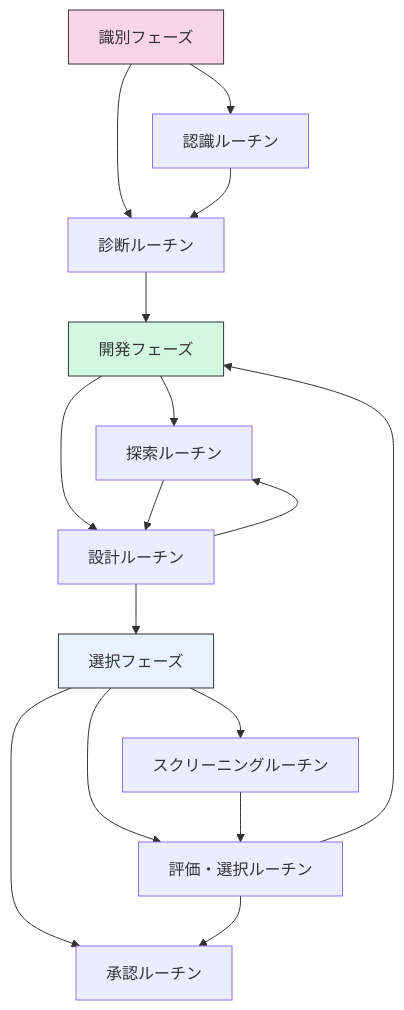
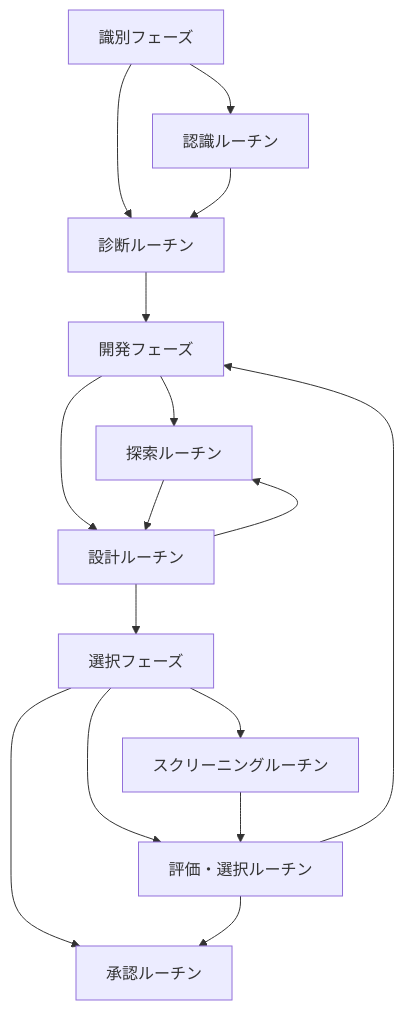
Before and after one commit to shuji-bonji/Situational-Awareness-and-Decision-Making: the ninth of 10 diagrams in docs/decision-making-guide/decision-models.md, drawn with Mermaid. The commit also changed other lines of this file and 49 other files, not shown here.

Commit message:
fix: ダークモードで見づらい図の色の変更

````diff
--- a/docs/decision-making-guide/decision-models.md
+++ b/docs/decision-making-guide/decision-models.md
@@ -410,24 +410,24 @@
     ```mermaid
     graph TD
         A[識別フェーズ] --> A1[認識ルーチン]
         A --> A2[診断ルーチン]
         A1 --> A2
         
         A2 --> B[開発フェーズ]
         B --> B1[探索ルーチン]
         B --> B2[設計ルーチン]
         B1 --> B2
         B2 --> B1
         
         B2 --> C[選択フェーズ]
         C --> C1[スクリーニングルーチン]
         C --> C2[評価・選択ルーチン]
         C --> C3[承認ルーチン]
         C1 --> C2
         C2 --> C3
         C2 --> B
         
-        style A fill:#f9d5e5,stroke:#333
-        style B fill:#d3f8e2,stroke:#333
-        style C fill:#e6f2ff,stroke:#333
+    
+    
+    
     ```
````
